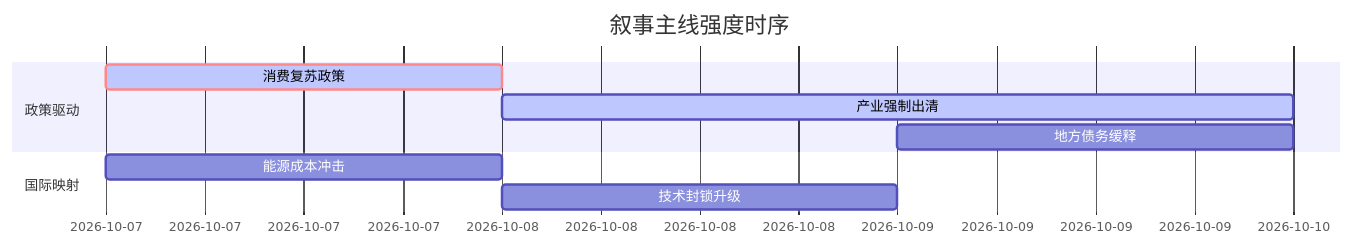
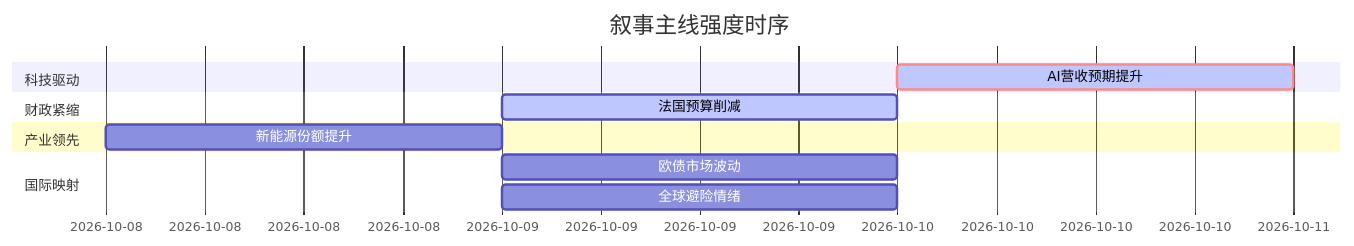
The diagram in 5day_report.md (uu5zn/uu5zn.github.io), drawn with Mermaid before and after one commit. The commit also changed other lines of this file and 23 other files, not shown here.

````diff
--- a/5day_report.md
+++ b/5day_report.md
@@ -52,13 +53,15 @@
 ```mermaid
 gantt
     title 叙事主线强度时序
     dateFormat  YYYY-MM-DD
-    section 政策驱动
-    消费复苏政策   :crit, active, 2026-10-07, 1d
-    产业强制出清   :active, 2026-10-08, 2d
-    地方债务缓释   :2026-10-09, 1d
+    section 科技驱动
+    AI营收预期提升   :crit, active, 2026-10-10, 1d
+    section 财政紧缩
+    法国预算削减   :active, 2026-10-09, 0.7d
+    section 产业领先
+    新能源份额提升   :2026-10-08, 0.5d
     
     section 国际映射
-    能源成本冲击   :2026-10-07, 1d
-    技术封锁升级   :2026-10-08, 1d
+    欧债市场波动   :2026-10-09, 0.7d
+    全球避险情绪   :2026-10-09, 0.7d
 ```
````
